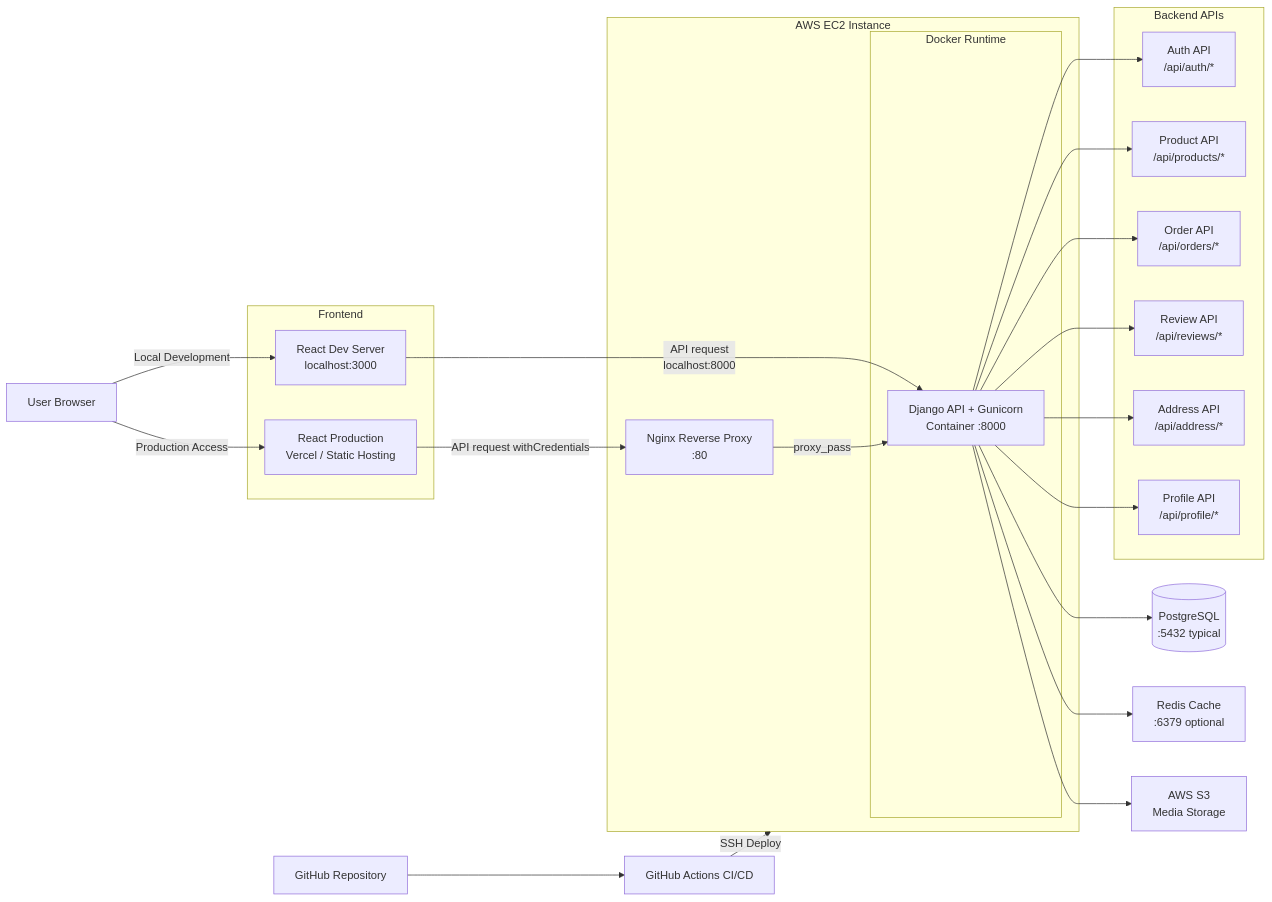
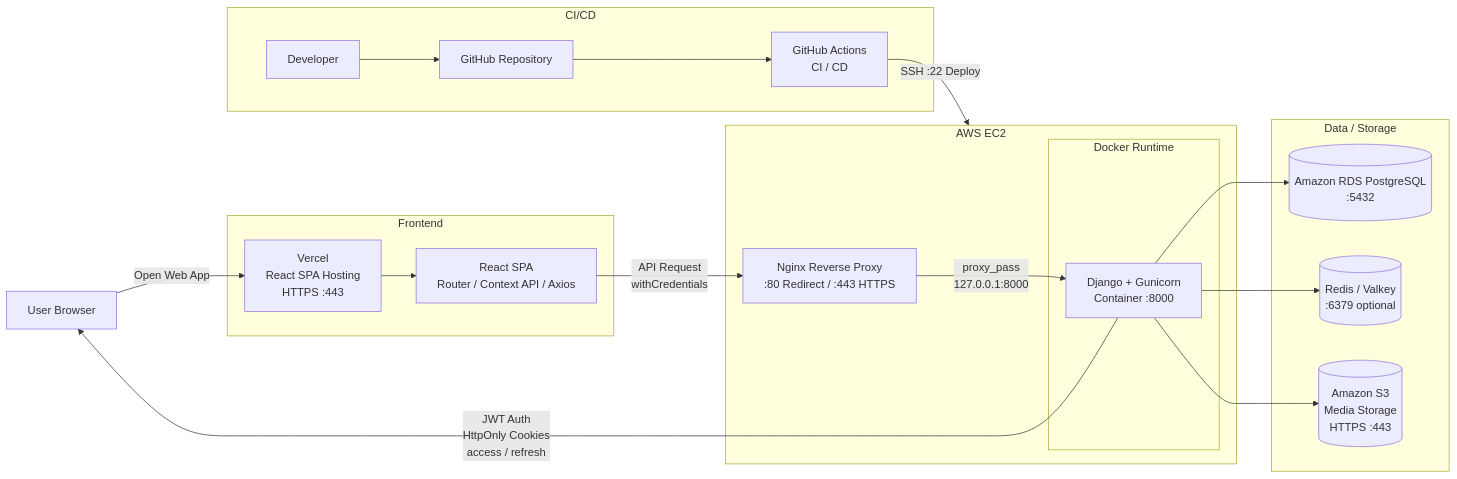
Before and after one commit to EuiseokJeongNZ/react-ecommerce-project: the diagram in server/README.md, drawn with Mermaid.

Commit message:
Revise system architecture diagram in README
Updated system architecture diagram in README to reflect changes in frontend and backend components, including CI/CD integration and data storage.

````diff
--- a/server/README.md
+++ b/server/README.md
@@ -103,54 +103,43 @@
 ```mermaid
 flowchart LR
-    U[User Browser]
+    USER[User Browser]
 
     subgraph FE[Frontend]
-        F1[React Dev Server<br/>localhost:3000]
-        F2[React Production<br/>Vercel / Static Hosting]
+        VERCEL[Vercel<br/>React SPA Hosting<br/>HTTPS :443]
+        REACT[React SPA<br/>Router / Context API / Axios]
     end
 
-    subgraph AWS[AWS EC2 Instance]
-        N[Nginx Reverse Proxy<br/>:80]
+    subgraph CICD[CI/CD]
+        DEV[Developer]
+        GH[GitHub Repository]
+        GHA[GitHub Actions<br/>CI / CD]
+    end
 
+    subgraph EC2[AWS EC2]
+        NGINX[Nginx Reverse Proxy<br/>:80 Redirect / :443 HTTPS]
+        
         subgraph DOCKER[Docker Runtime]
-            C[Django API + Gunicorn<br/>Container :8000]
+            DJANGO[Django + Gunicorn<br/>Container :8000]
         end
     end
 
-    subgraph API[Backend APIs]
-        A[Auth API<br/>/api/auth/*]
-        P[Product API<br/>/api/products/*]
-        O[Order API<br/>/api/orders/*]
-        R[Review API<br/>/api/reviews/*]
-        AD[Address API<br/>/api/address/*]
-        PF[Profile API<br/>/api/profile/*]
+    subgraph DATA[Data / Storage]
+        RDS[(Amazon RDS PostgreSQL<br/>:5432)]
+        REDIS[(Redis / Valkey<br/>:6379 optional)]
+        S3[(Amazon S3<br/>Media Storage<br/>HTTPS :443)]
     end
 
-    DB[(PostgreSQL<br/>:5432 typical)]
-    RE[Redis Cache<br/>:6379 optional]
-    S3[AWS S3<br/>Media Storage]
+    USER -->|Open Web App| VERCEL
+    VERCEL --> REACT
+    REACT -->|API Request<br/>withCredentials| NGINX
+    NGINX -->|proxy_pass<br/>127.0.0.1:8000| DJANGO
 
-    GH[GitHub Repository]
-    GA[GitHub Actions CI/CD]
+    DJANGO -->|JWT Auth<br/>HttpOnly Cookies<br/> access / refresh| USER
+    DJANGO --> RDS
+    DJANGO --> REDIS
+    DJANGO --> S3
 
-    U -->|Local Development| F1
-    F1 -->|API request<br/>localhost:8000| C
-
-    U -->|Production Access| F2
-    F2 -->|API request withCredentials| N
-    N -->|proxy_pass| C
-
-    C --> A
-    C --> P
-    C --> O
-    C --> R
-    C --> AD
-    C --> PF
-
-    C --> DB
-    C --> RE
-    C --> S3
-
-    GH --> GA
-    GA -->|SSH Deploy| AWS
+    DEV --> GH
+    GH --> GHA
+    GHA -->|SSH :22 Deploy| EC2
 ```
````
